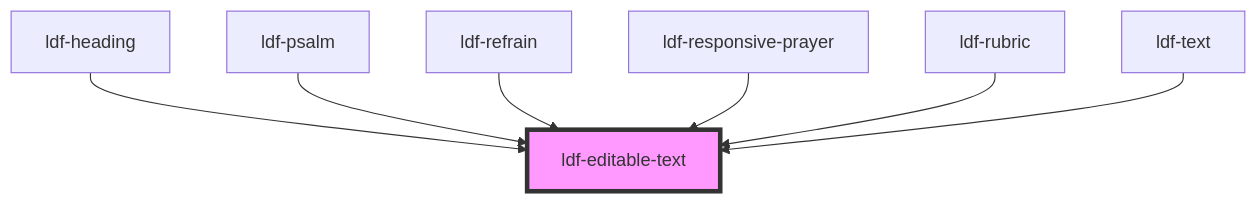
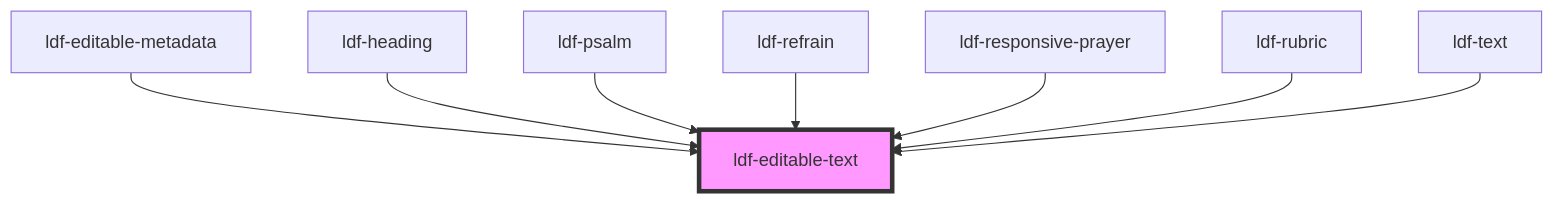
One commit to gbj/venite changed the diagram in components/src/components/editable-text/readme.md. Above: the diagram before and after it, drawn with Mermaid. The commit also changed other lines of this file and 46 other files, not shown here.

````diff
--- a/components/src/components/editable-text/readme.md
+++ b/components/src/components/editable-text/readme.md
@@ -51,10 +52,11 @@
 ```mermaid
 graph TD;
+  ldf-editable-metadata --> ldf-editable-text
   ldf-heading --> ldf-editable-text
   ldf-psalm --> ldf-editable-text
   ldf-refrain --> ldf-editable-text
   ldf-responsive-prayer --> ldf-editable-text
   ldf-rubric --> ldf-editable-text
   ldf-text --> ldf-editable-text
   style ldf-editable-text fill:#f9f,stroke:#333,stroke-width:4px
 ```
````
